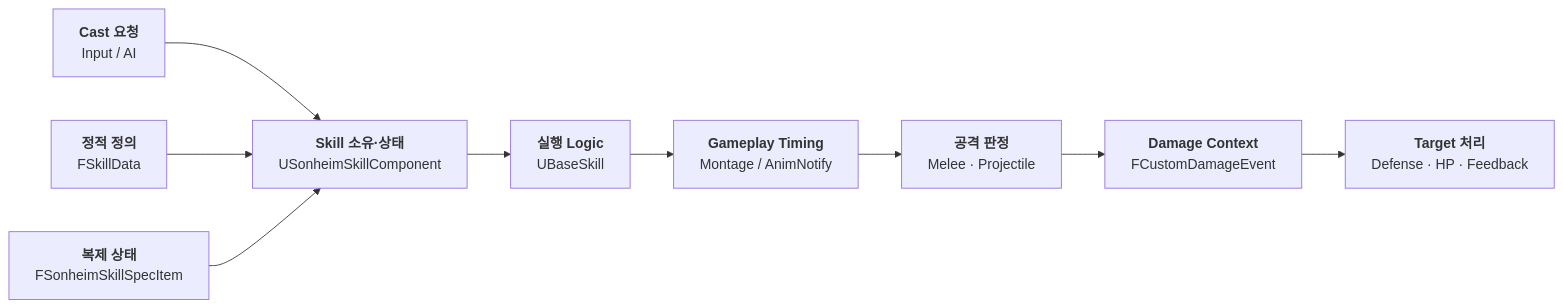
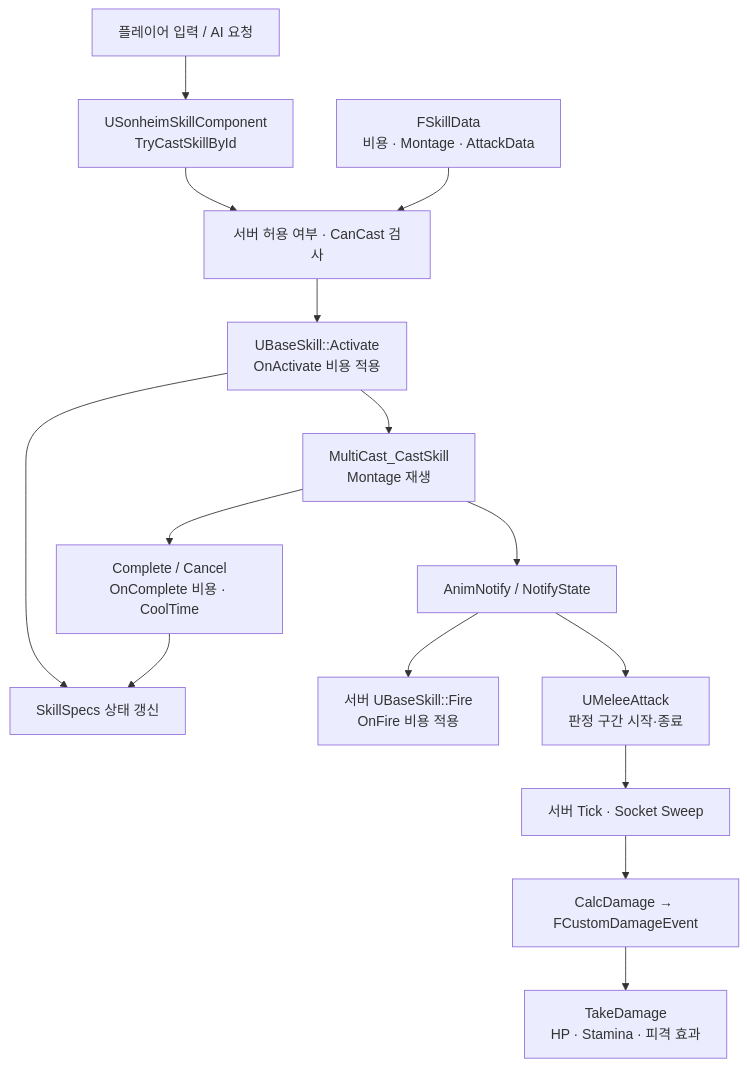
Before and after one commit to chungheonLee0325/Sonheim: the first of 3 diagrams in Doc/Wiki/05_Combat_Skill_Animation.md, drawn with Mermaid. The commit also changed other lines of this file, not shown here.

Commit message:
docs: align combat skill lifecycle, notify timing and replication with source

````diff
--- a/Doc/Wiki/05_Combat_Skill_Animation.md
+++ b/Doc/Wiki/05_Combat_Skill_Animation.md
@@ -28,21 +42,17 @@
-```mermaid
-flowchart LR
-    INPUT["<b>Cast 요청</b><br/>Input / AI"]
-    COMP["<b>Skill 소유·상태</b><br/>USonheimSkillComponent"]
-    DATA["<b>정적 정의</b><br/>FSkillData"]
-    SPEC["<b>복제 상태</b><br/>FSonheimSkillSpecItem"]
-    LOGIC["<b>실행 Logic</b><br/>UBaseSkill"]
-    ANIM["<b>Gameplay Timing</b><br/>Montage / AnimNotify"]
-    HIT["<b>공격 판정</b><br/>Melee · Projectile"]
-    DAMAGE["<b>Damage Context</b><br/>FCustomDamageEvent"]
-    TARGET["<b>Target 처리</b><br/>Defense · HP · Feedback"]
-
-    INPUT --> COMP
-    DATA --> COMP
-    SPEC --> COMP
-    COMP --> LOGIC
-    LOGIC --> ANIM
-    ANIM --> HIT
-    HIT --> DAMAGE
-    DAMAGE --> TARGET
-```
+~~~mermaid
+flowchart TB
+    INPUT["플레이어 입력 / AI 요청"] --> TRY["USonheimSkillComponent<br/>TryCastSkillById"]
+    TRY --> SERVER["서버 허용 여부 · CanCast 검사"]
+    DEF["FSkillData<br/>비용 · Montage · AttackData"] --> SERVER
+    SERVER --> ACT["UBaseSkill::Activate<br/>OnActivate 비용 적용"]
+    ACT --> SPEC["SkillSpecs 상태 갱신"]
+    ACT --> MONTAGE["MultiCast_CastSkill<br/>Montage 재생"]
+    MONTAGE --> NOTIFY["AnimNotify / NotifyState"]
+    NOTIFY --> FIRE["서버 UBaseSkill::Fire<br/>OnFire 비용 적용"]
+    NOTIFY --> WINDOW["UMeleeAttack<br/>판정 구간 시작·종료"]
+    WINDOW --> TICK["서버 Tick · Socket Sweep"]
+    TICK --> DAMAGE["CalcDamage → FCustomDamageEvent"]
+    DAMAGE --> TARGET["TakeDamage<br/>HP · Stamina · 피격 효과"]
+    MONTAGE --> FINISH["Complete / Cancel<br/>OnComplete 비용 · CoolTime"]
+    FINISH --> SPEC
+~~~
````
